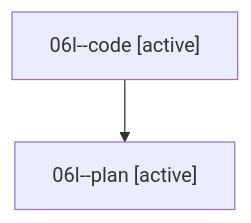
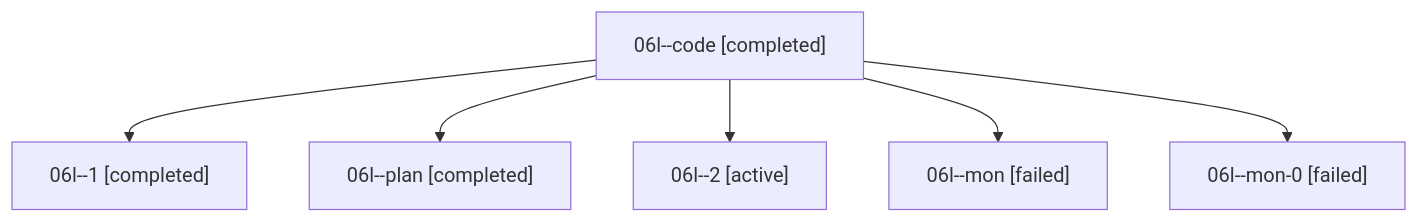
Before and after one commit to sase-org/sase--agents: the diagram in families/bbugyi200.athena.06l.md, drawn with Mermaid. The commit also changed other lines of this file and 71 other files, not shown here.

````diff
--- a/families/bbugyi200.athena.06l.md
+++ b/families/bbugyi200.athena.06l.md
@@ -9,6 +9,14 @@
 ```mermaid
 flowchart TD
-  n0["06l--code [active]"]
-  n1["06l--plan [active]"]
+  n0["06l--code [completed]"]
+  n1["06l--1 [completed]"]
   n0 --> n1
+  n2["06l--plan [completed]"]
+  n0 --> n2
+  n3["06l--2 [active]"]
+  n0 --> n3
+  n4["06l--mon [failed]"]
+  n0 --> n4
+  n5["06l--mon-0 [failed]"]
+  n0 --> n5
 ```
````
